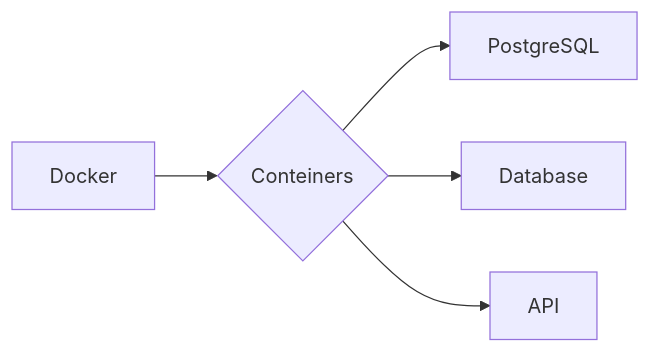
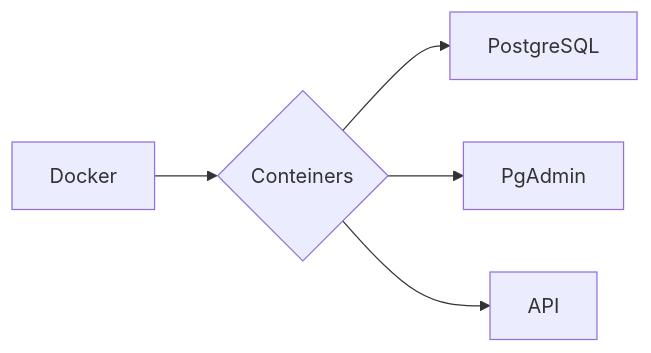
The diagram in readme.md (SauloCandeira/Docker-PostgreSQL), drawn with Mermaid before and after one commit.

````diff
--- a/readme.md
+++ b/readme.md
@@ -27,9 +27,9 @@
 ```mermaid
 flowchart LR
 B[Docker]
 
 B --> C{Conteiners}
 C --> J[PostgreSQL]
-C --> K[Database]
+C --> K[PgAdmin]
 C --> L[API]
 ```
````
